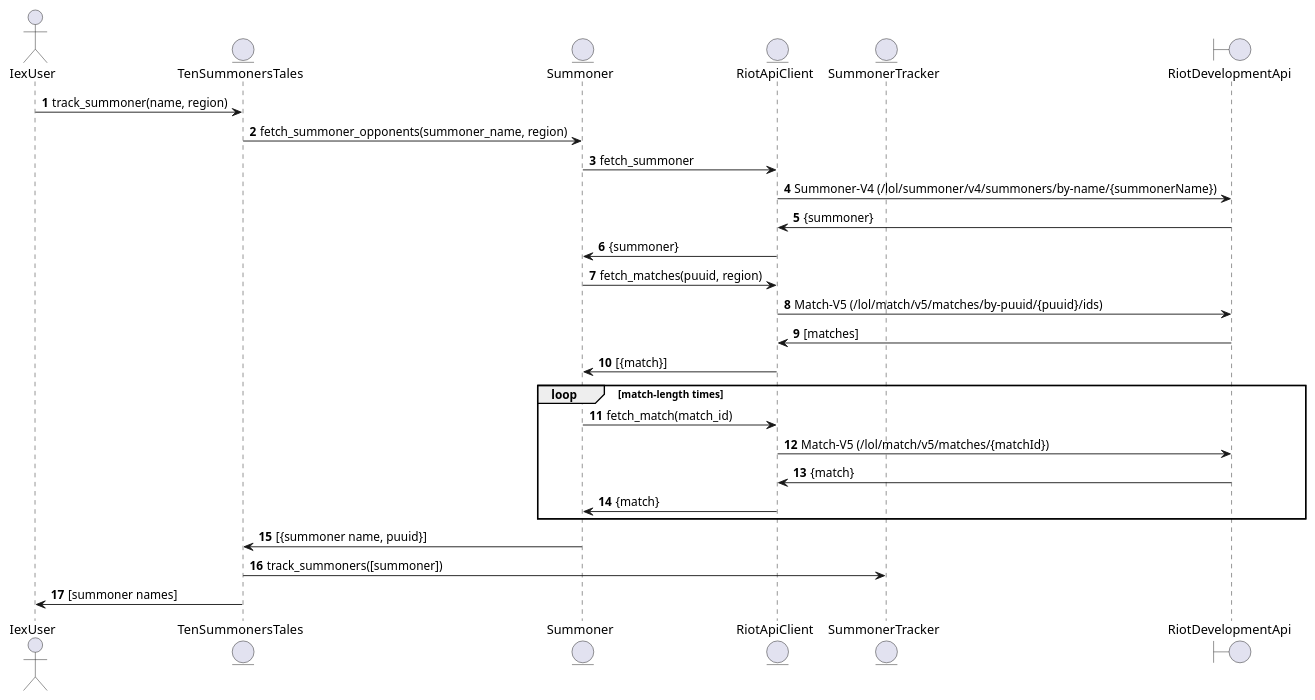
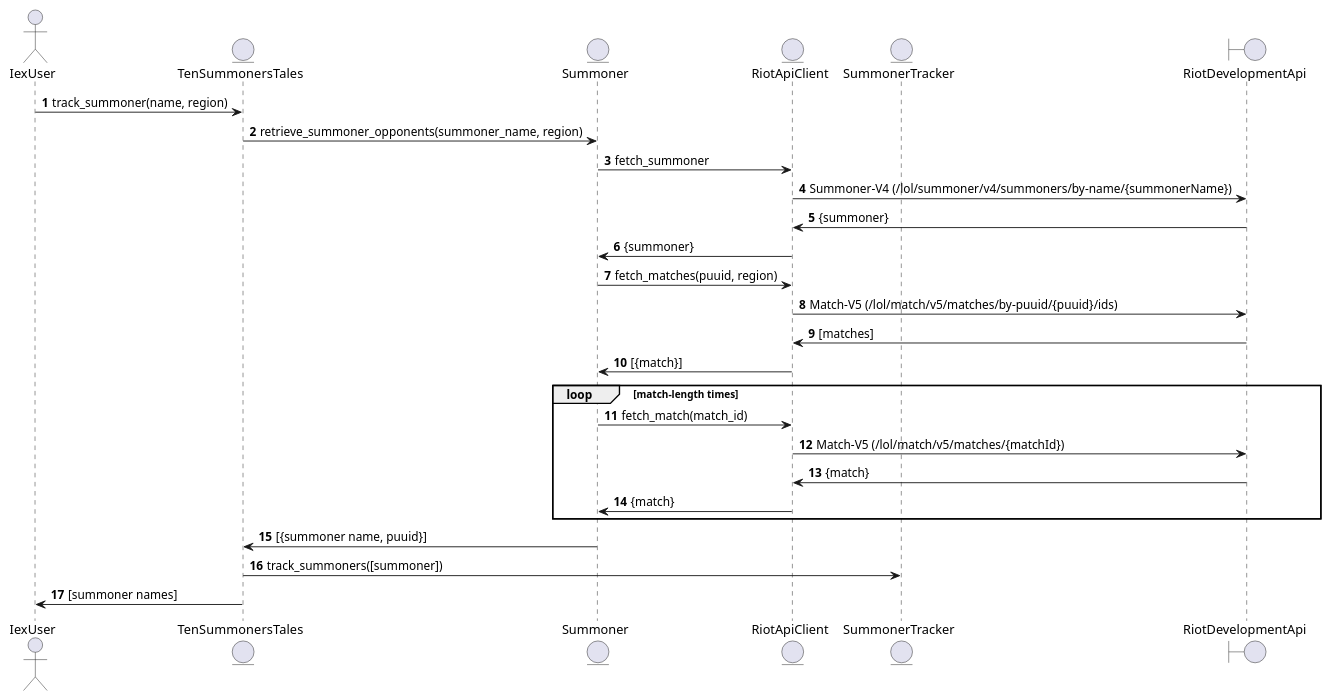
The diagram in docs/summoner_lookup_sequence.puml (ciroque/ten_summoners_tales), drawn with PlantUML before and after one commit. The commit also changed 9 other files, not shown here.

```diff
--- a/docs/summoner_lookup_sequence.puml
+++ b/docs/summoner_lookup_sequence.puml
@@ -1,37 +1,37 @@
 @startuml
 'https://plantuml.com/sequence-diagram
 
 autonumber
 
 actor IexUser
 entity TenSummonersTales
 entity Summoner
 entity RiotApiClient
 entity SummonerTracker
 boundary RiotDevelopmentApi
 
 IexUser -> TenSummonersTales : track_summoner(name, region)
-TenSummonersTales -> Summoner : fetch_summoner_opponents(summoner_name, region)
+TenSummonersTales -> Summoner : retrieve_summoner_opponents(summoner_name, region)
 Summoner -> RiotApiClient : fetch_summoner
 RiotApiClient -> RiotDevelopmentApi : Summoner-V4 (/lol/summoner/v4/summoners/by-name/{summonerName})
 RiotApiClient <- RiotDevelopmentApi : {summoner}
 Summoner <- RiotApiClient : {summoner}
 Summoner -> RiotApiClient : fetch_matches(puuid, region)
 RiotApiClient -> RiotDevelopmentApi : Match-V5 (/lol/match/v5/matches/by-puuid/{puuid}/ids)
 RiotApiClient <- RiotDevelopmentApi : [matches]
 Summoner <- RiotApiClient : [{match}]
 
 loop match-length times
   Summoner -> RiotApiClient : fetch_match(match_id)
   RiotApiClient -> RiotDevelopmentApi : Match-V5 (/lol/match/v5/matches/{matchId})
   RiotApiClient <- RiotDevelopmentApi : {match}
   Summoner <- RiotApiClient : {match}
 end
 
 TenSummonersTales <- Summoner : [{summoner name, puuid}]
 
 TenSummonersTales -> SummonerTracker : track_summoners([summoner])
 
 IexUser <- TenSummonersTales : [summoner names]
 
 @enduml
```
